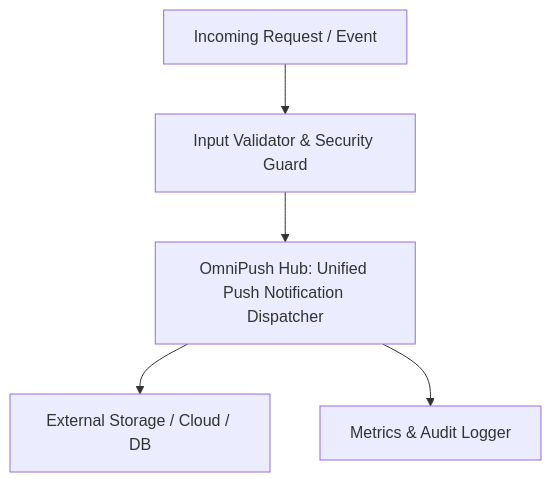
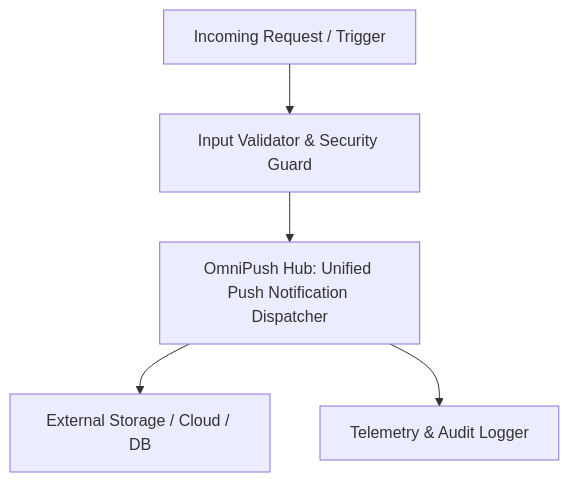
The diagram in README.md (smit-backend/omni-push-dispatcher), drawn with Mermaid before and after one commit. The commit also changed other lines of this file, not shown here.

Commit message:
docs(readme): add detailed architectural flowchart, usage examples, and badges

````diff
--- a/README.md
+++ b/README.md
@@ -23,7 +23,7 @@
 ```mermaid
 graph TD
-    Client[Incoming Request / Event] --> Gate[Input Validator & Security Guard]
+    Client[Incoming Request / Trigger] --> Gate[Input Validator & Security Guard]
     Gate --> CoreEngine[OmniPush Hub: Unified Push Notification Dispatcher]
     CoreEngine --> Adapter[External Storage / Cloud / DB]
-    CoreEngine --> Observer[Metrics & Audit Logger]
+    CoreEngine --> Observer[Telemetry & Audit Logger]
 ```
````
